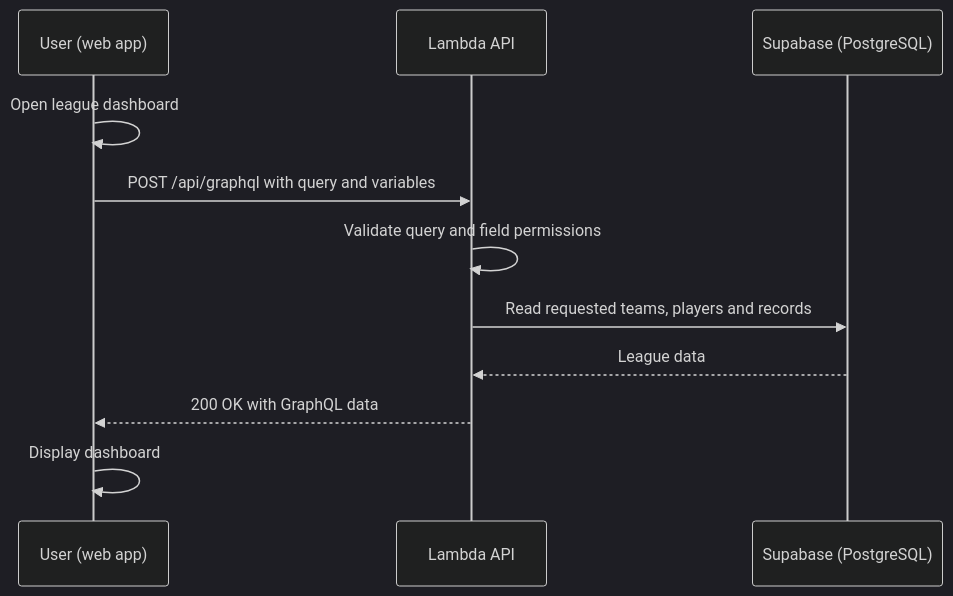
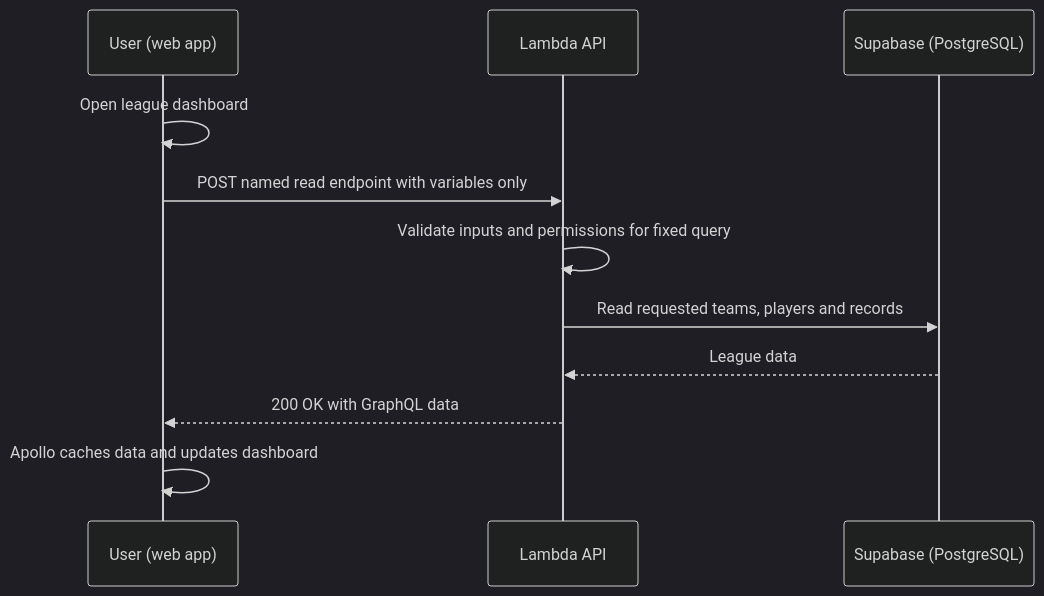
Before and after one commit to h4rf4ng8/NAPL-PSO-App: the diagram in docs/league-reads.mmd, drawn with Mermaid (dark theme). The commit also changed 45 other files, not shown here.

Commit message:
Use fixed API operations and native Apollo hooks

```diff
--- a/docs/league-reads.mmd
+++ b/docs/league-reads.mmd
@@ -1,11 +1,11 @@
 sequenceDiagram
     participant User as User (web app)
     participant API as Lambda API
     participant DB as Supabase (PostgreSQL)
     User->>User: Open league dashboard
-    User->>API: POST /api/graphql with query and variables
-    API->>API: Validate query and field permissions
+    User->>API: POST named read endpoint with variables only
+    API->>API: Validate inputs and permissions for fixed query
     API->>DB: Read requested teams, players and records
     DB-->>API: League data
     API-->>User: 200 OK with GraphQL data
-    User->>User: Display dashboard
+    User->>User: Apollo caches data and updates dashboard
```
